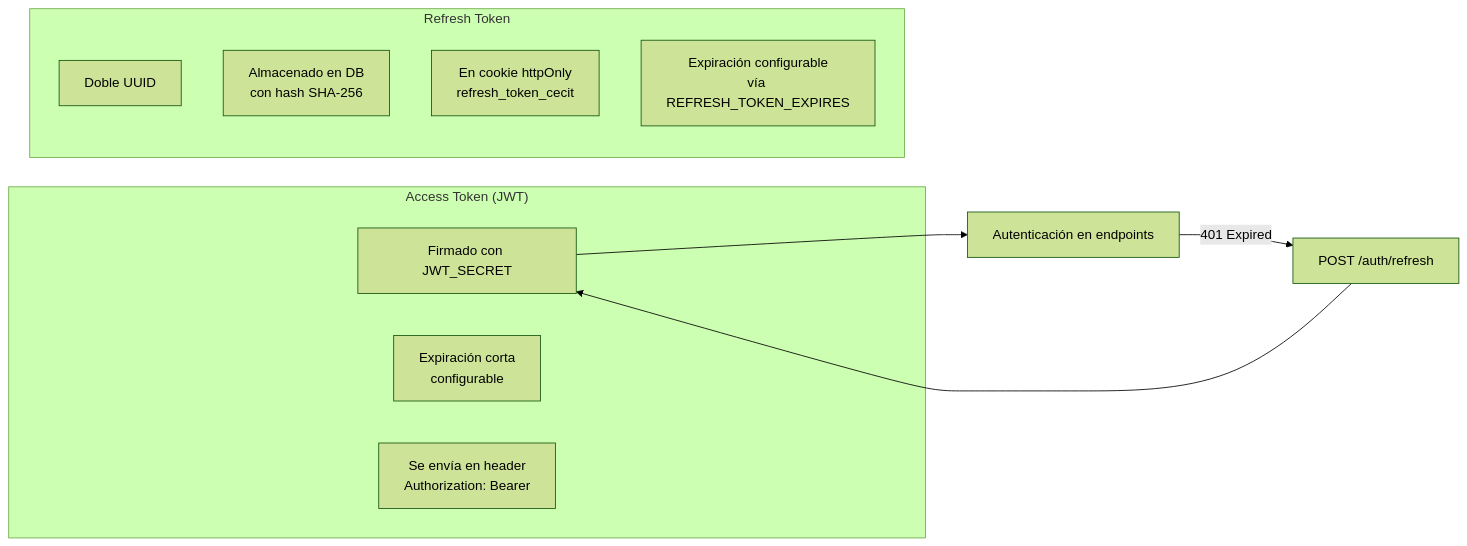
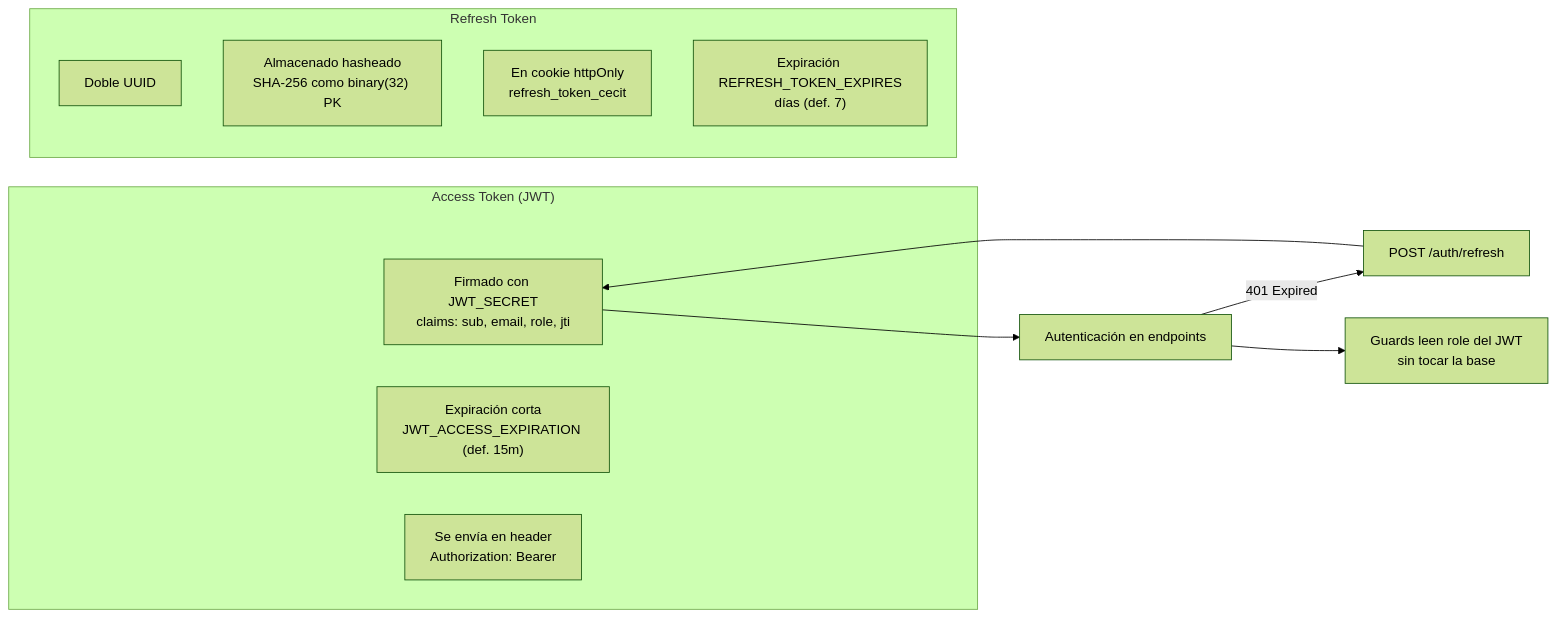
Before and after one commit to FedeLupianez/cecit-backend: the ninth of 10 diagrams in docs/tecnical/auth.md, drawn with Mermaid (forest theme). The commit also changed other lines of this file and 24 other files, not shown here.

````diff
--- a/docs/tecnical/auth.md
+++ b/docs/tecnical/auth.md
@@ -264,19 +543,20 @@
 ```mermaid
 flowchart LR
     subgraph "Access Token (JWT)"
-        A[Firmado con JWT_SECRET]
-        B[Expiración corta<br/>configurable]
-        C[Se envía en header<br/>Authorization: Bearer]
+        A["Firmado con JWT_SECRET<br/>claims: sub, email, role, jti"]
+        B["Expiración corta<br/>JWT_ACCESS_EXPIRATION (def. 15m)"]
+        C["Se envía en header<br/>Authorization: Bearer"]
     end
 
     subgraph "Refresh Token"
-        D[Doble UUID]
-        E[Almacenado en DB<br/>con hash SHA-256]
-        F[En cookie httpOnly<br/>refresh_token_cecit]
-        G[Expiración configurable<br/>vía REFRESH_TOKEN_EXPIRES]
+        D["Doble UUID"]
+        E["Almacenado hasheado<br/>SHA-256 como binary(32) PK"]
+        F["En cookie httpOnly<br/>refresh_token_cecit"]
+        G["Expiración REFRESH_TOKEN_EXPIRES<br/>días (def. 7)"]
     end
 
     A --> H[Autenticación en endpoints]
     H -->|401 Expired| I[POST /auth/refresh]
     I --> A
+    H --> J[Guards leen role del JWT<br/>sin tocar la base]
 ```
````
